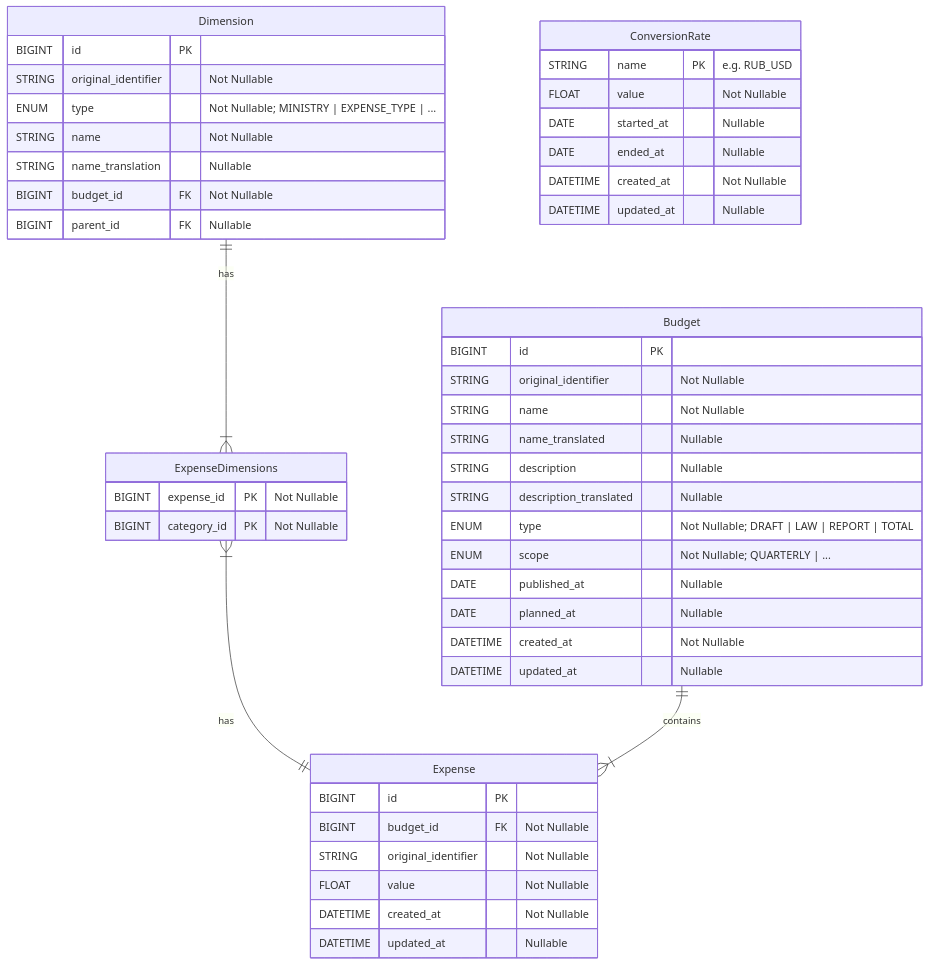
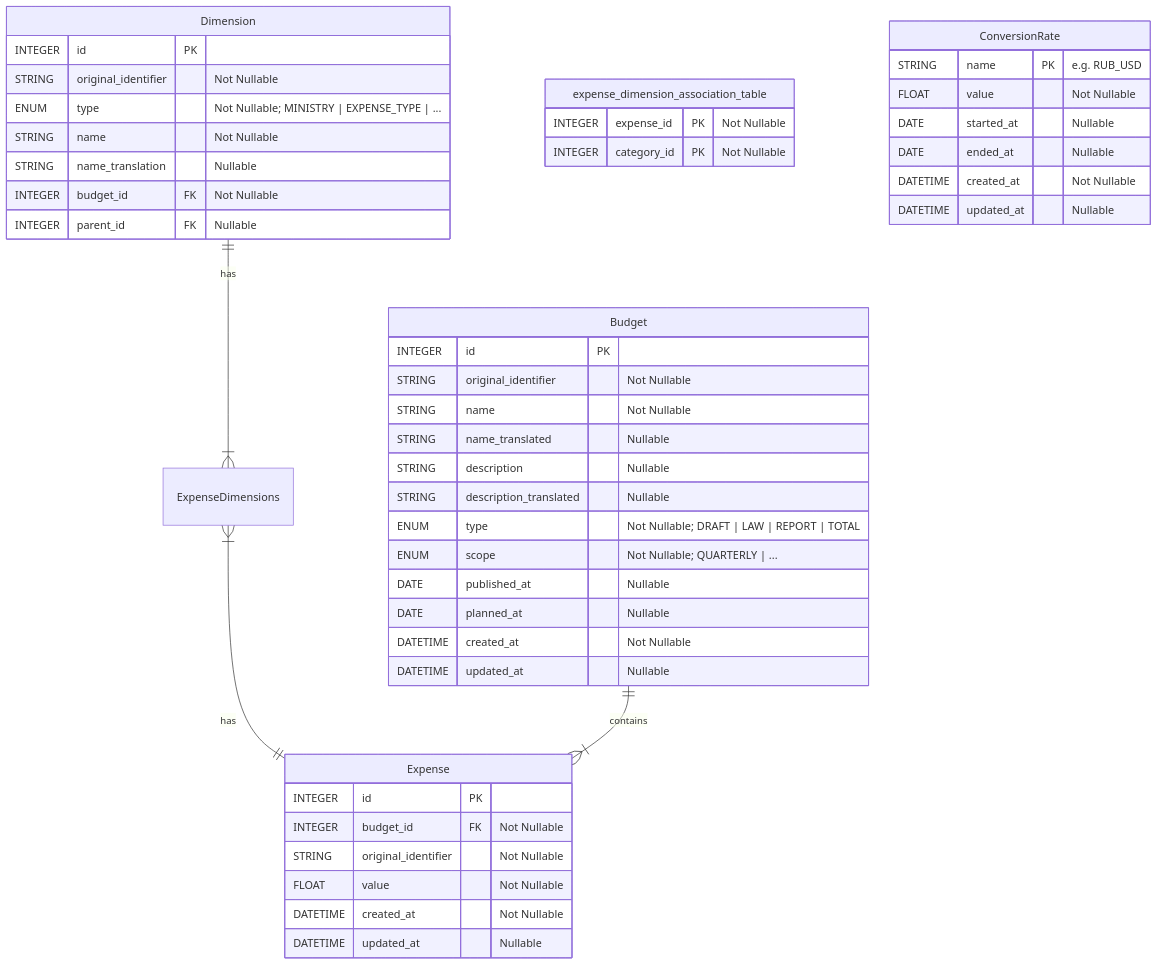
One commit to swp-berlin/ru_budget_tracker changed the diagram in README.md. Above: the diagram before and after it, drawn with Mermaid. The commit also changed other lines of this file and 1 other file, not shown here.

````diff
--- a/README.md
+++ b/README.md
@@ -74,49 +74,49 @@
 ```mermaid
 erDiagram
 	Dimension {
-	  BIGINT id PK
+	  INTEGER id PK
 	  STRING original_identifier "Not Nullable"
 	  ENUM type "Not Nullable; MINISTRY | EXPENSE_TYPE | ..."
 	  STRING name "Not Nullable"
 	  STRING name_translation "Nullable"
-	  BIGINT budget_id FK "Not Nullable"
-	  BIGINT parent_id FK "Nullable"
+	  INTEGER budget_id FK "Not Nullable"
+	  INTEGER parent_id FK "Nullable"
   }
   Dimension ||--|{ ExpenseDimensions : has
-  ExpenseDimensions {
-	  BIGINT expense_id PK "Not Nullable"
-	  BIGINT category_id PK "Not Nullable"
+  expense_dimension_association_table {
+	  INTEGER expense_id PK "Not Nullable"
+	  INTEGER category_id PK "Not Nullable"
 	}
 	ExpenseDimensions }|--|| Expense : has
 	Budget ||--|{ Expense : contains
 	Budget {
-	  BIGINT id PK
+	  INTEGER id PK
 	  STRING original_identifier "Not Nullable"
 	  STRING name "Not Nullable"
 	  STRING name_translated "Nullable"
 	  STRING description "Nullable"
 	  STRING description_translated "Nullable"
 	  ENUM type "Not Nullable; DRAFT | LAW | REPORT | TOTAL"
 	  ENUM scope "Not Nullable; QUARTERLY | ... "
 	  DATE published_at "Nullable"
 	  DATE planned_at "Nullable"
 	  DATETIME created_at "Not Nullable"
 	  DATETIME updated_at "Nullable"
 	}
   Expense {
-	  BIGINT id PK
-	  BIGINT budget_id FK "Not Nullable"
+	  INTEGER id PK
+	  INTEGER budget_id FK "Not Nullable"
 	  STRING original_identifier "Not Nullable"
 	  FLOAT value "Not Nullable"
 	  DATETIME created_at "Not Nullable"
 	  DATETIME updated_at "Nullable"
   }
   ConversionRate{
-	  STRING name PK "e.g. RUB_USD" 
+	  STRING name PK "e.g. RUB_USD"
 	  FLOAT value "Not Nullable"
 	  DATE started_at "Nullable"
 	  DATE ended_at "Nullable"
 	  DATETIME created_at "Not Nullable"
 	  DATETIME updated_at "Nullable"
   }
 ```
````
